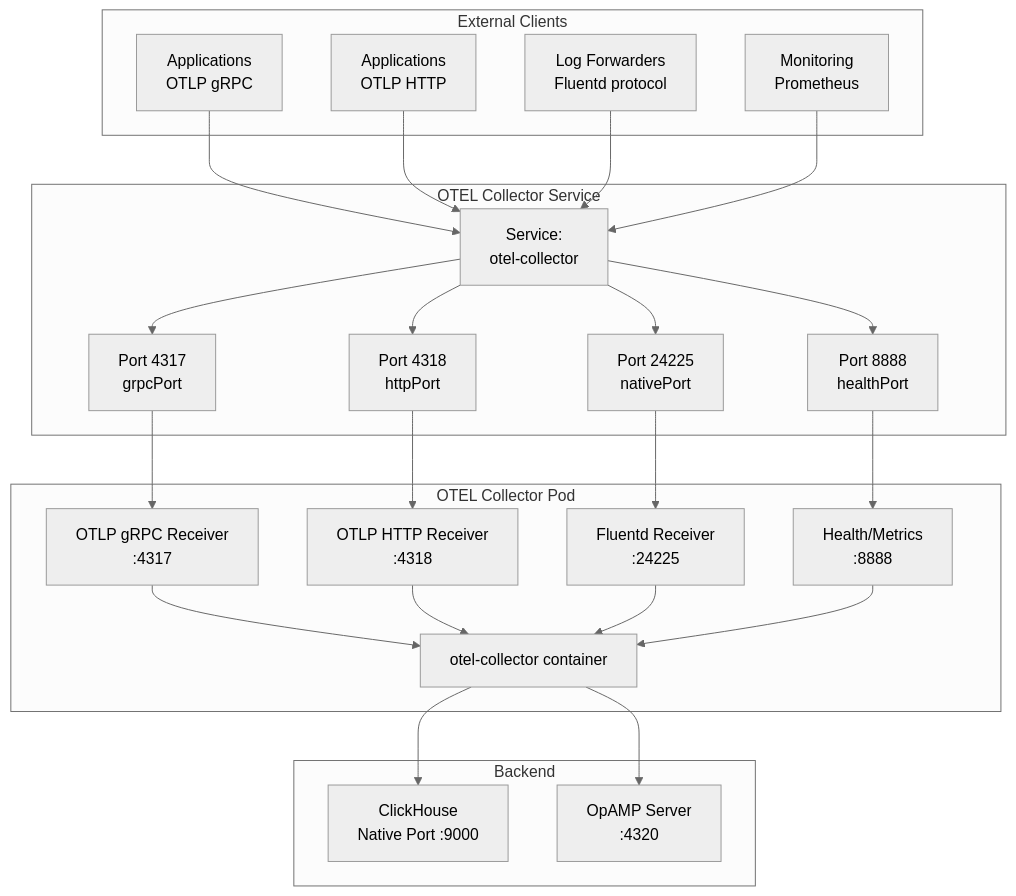
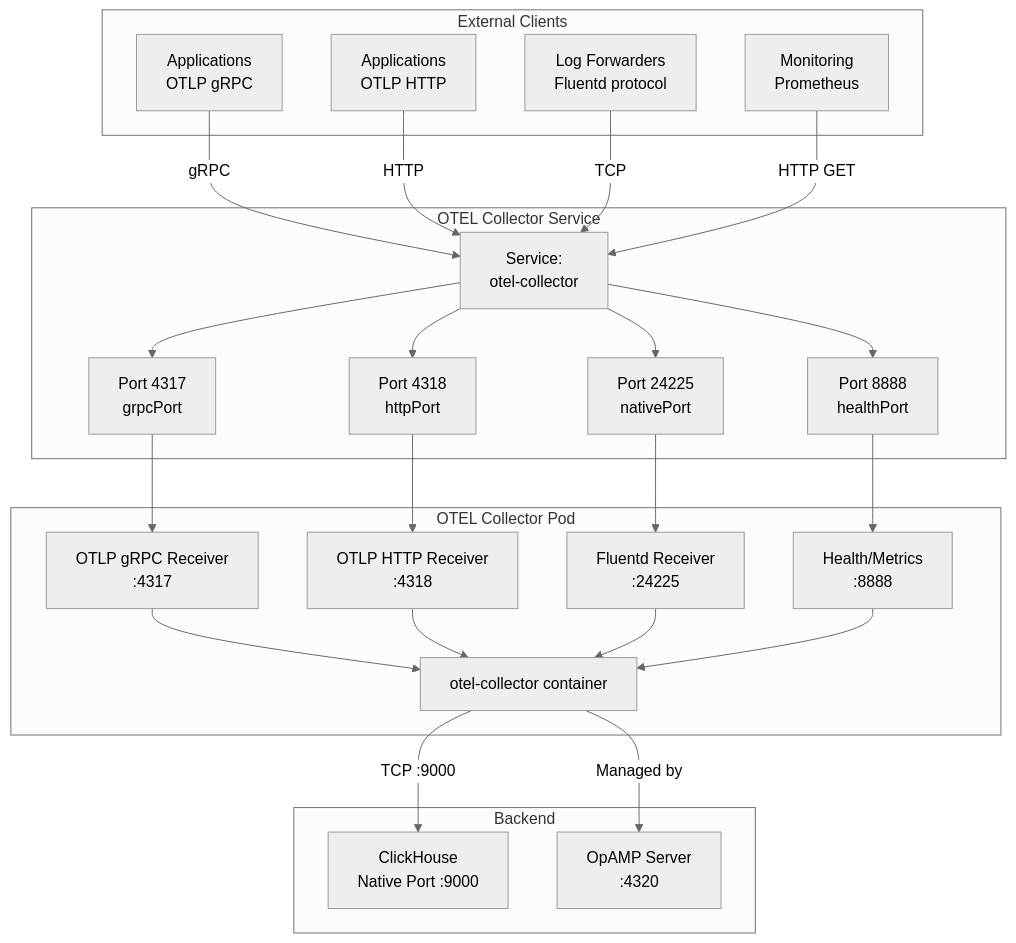
Before and after one commit to openchoreo/openchoreo: the fourth of 5 diagrams in docs/hyperdxio-helm-charts-docs/Configuration-Reference.md, drawn with Mermaid (neutral theme). The commit also changed other lines of this file and 85 other files, not shown here.

Commit message:
feat: Add new workflow and specification templates, update Helm chart dependencies, and clarify documentation diagrams.

````diff
--- a/docs/hyperdxio-helm-charts-docs/Configuration-Reference.md
+++ b/docs/hyperdxio-helm-charts-docs/Configuration-Reference.md
@@ -597,67 +597,67 @@
 ```mermaid
 flowchart TD
 
 AppsGRPC["Applications<br>OTLP gRPC"]
 AppsHTTP["Applications<br>OTLP HTTP"]
 Fluentd["Log Forwarders<br>Fluentd protocol"]
 Monitor["Monitoring<br>Prometheus"]
 ServicePorts["Service:<br>otel-collector"]
 Port4317["Port 4317<br>grpcPort"]
 Port4318["Port 4318<br>httpPort"]
 Port24225["Port 24225<br>nativePort"]
 Port8888["Port 8888<br>healthPort"]
 Container["otel-collector container"]
 GRPC["OTLP gRPC Receiver<br>:4317"]
 HTTP["OTLP HTTP Receiver<br>:4318"]
 FluentdRecv["Fluentd Receiver<br>:24225"]
 Health["Health/Metrics<br>:8888"]
 ClickHouse["ClickHouse<br>Native Port :9000"]
 OpAMP["OpAMP Server<br>:4320"]
 
-AppsGRPC --> ServicePorts
-AppsHTTP --> ServicePorts
-Fluentd --> ServicePorts
-Monitor --> ServicePorts
+AppsGRPC -->|"gRPC"| ServicePorts
+AppsHTTP -->|"HTTP"| ServicePorts
+Fluentd -->|"TCP"| ServicePorts
+Monitor -->|"HTTP GET"| ServicePorts
 Port4317 --> GRPC
 Port4318 --> HTTP
 Port24225 --> FluentdRecv
 Port8888 --> Health
-Container --> ClickHouse
-Container --> OpAMP
+Container -->|"TCP :9000"| ClickHouse
+Container -->|"Managed by"| OpAMP
 
 subgraph Backend ["Backend"]
     ClickHouse
     OpAMP
 end
 
 subgraph subGraph2 ["OTEL Collector Pod"]
     Container
     GRPC
     HTTP
     FluentdRecv
     Health
     GRPC --> Container
     HTTP --> Container
     FluentdRecv --> Container
     Health --> Container
 end
 
 subgraph subGraph1 ["OTEL Collector Service"]
     ServicePorts
     Port4317
     Port4318
     Port24225
     Port8888
     ServicePorts --> Port4317
     ServicePorts --> Port4318
     ServicePorts --> Port24225
     ServicePorts --> Port8888
 end
 
 subgraph subGraph0 ["External Clients"]
     AppsGRPC
     AppsHTTP
     Fluentd
     Monitor
 end
 ```
````
